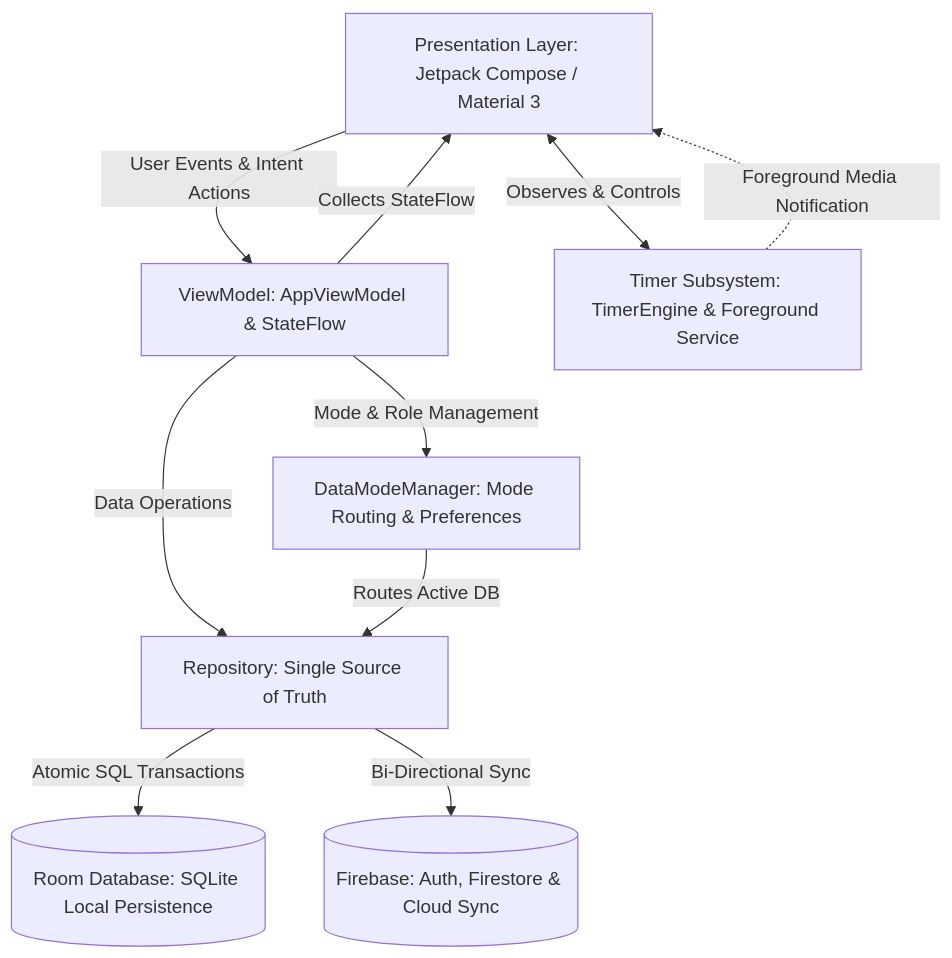
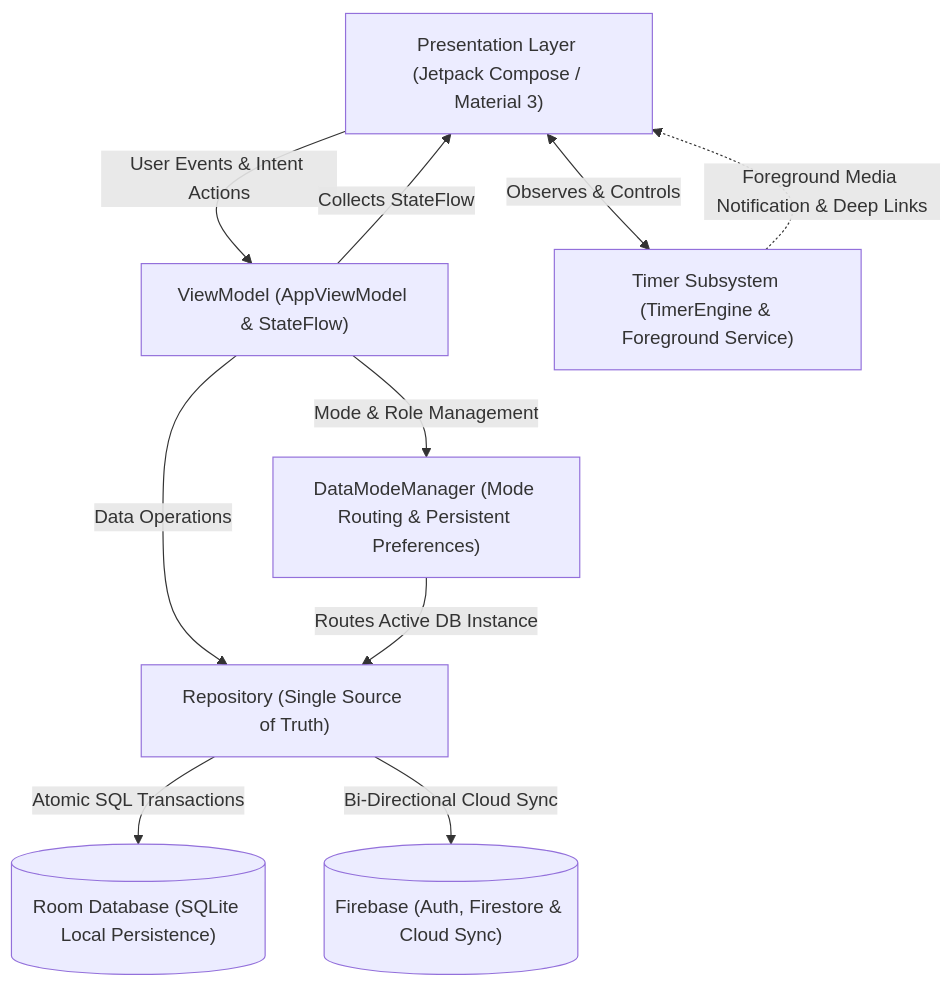
Before and after one commit to AntaresAndBharani/crosstrainingapp: the first of 3 diagrams in .graph/architecture.md, drawn with Mermaid. The commit also changed other lines of this file, not shown here.

First line of the commit message:
docs(architecture): update architectural standards (#453)

````diff
--- a/.graph/architecture.md
+++ b/.graph/architecture.md
@@ -7,20 +7,20 @@
 ```mermaid
 graph TD
-    UI[Presentation Layer: Jetpack Compose / Material 3]
-    VM[ViewModel: AppViewModel & StateFlow]
-    DM[DataModeManager: Mode Routing & Preferences]
-    Repo[Repository: Single Source of Truth]
-    Room[(Room Database: SQLite Local Persistence)]
-    FB[(Firebase: Auth, Firestore & Cloud Sync)]
-    Timer[Timer Subsystem: TimerEngine & Foreground Service]
+    UI["Presentation Layer (Jetpack Compose / Material 3)"]
+    VM["ViewModel (AppViewModel & StateFlow)"]
+    DM["DataModeManager (Mode Routing & Persistent Preferences)"]
+    Repo["Repository (Single Source of Truth)"]
+    Room[("Room Database (SQLite Local Persistence)")]
+    FB[("Firebase (Auth, Firestore & Cloud Sync)")]
+    Timer["Timer Subsystem (TimerEngine & Foreground Service)"]
 
     UI -->|User Events & Intent Actions| VM
     VM -->|Collects StateFlow| UI
     VM -->|Data Operations| Repo
     VM -->|Mode & Role Management| DM
-    DM -->|Routes Active DB| Repo
+    DM -->|Routes Active DB Instance| Repo
     Repo -->|Atomic SQL Transactions| Room
-    Repo -->|Bi-Directional Sync| FB
+    Repo -->|Bi-Directional Cloud Sync| FB
     UI <-->|Observes & Controls| Timer
-    Timer -.->|Foreground Media Notification| UI
+    Timer -.->|Foreground Media Notification & Deep Links| UI
 ```
````
